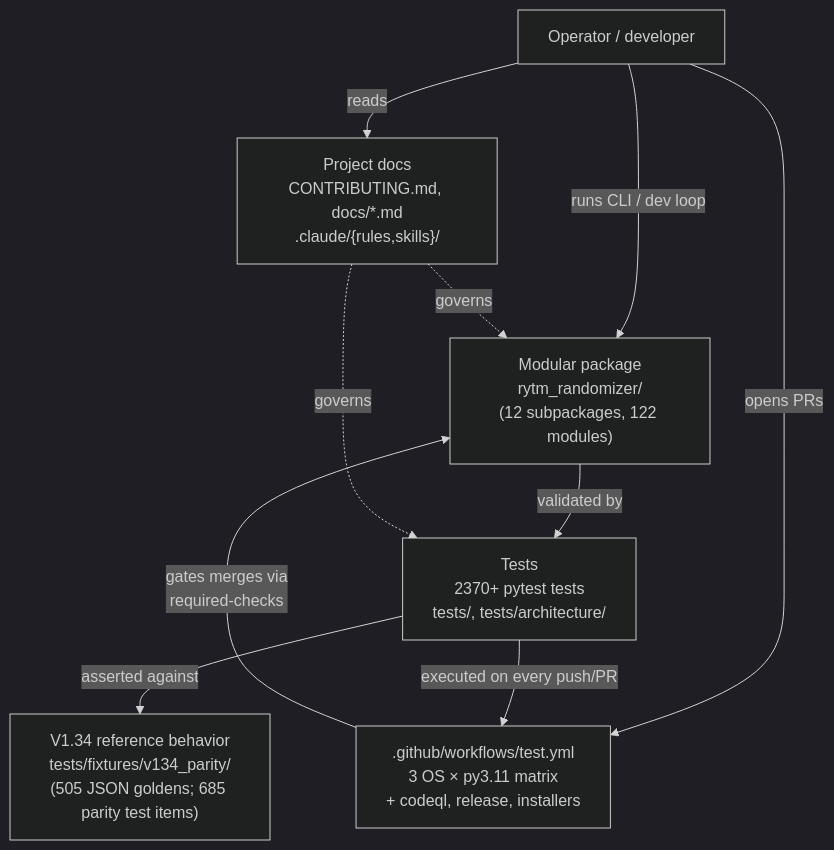
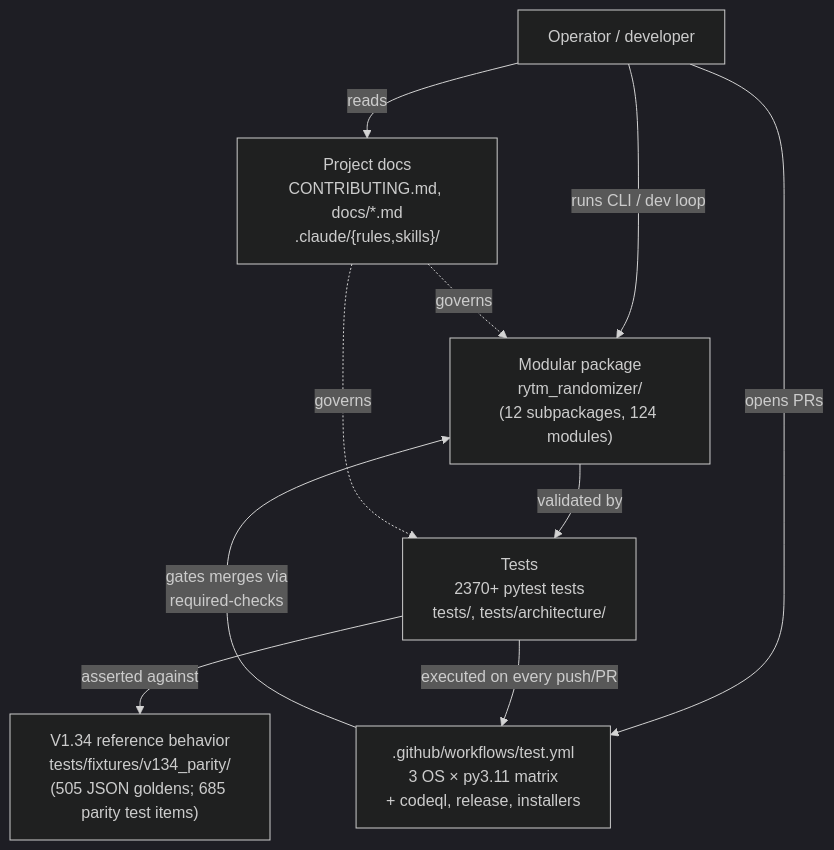
Before and after one commit to buzzijose-hub/RytmRandomizer: the first of 26 diagrams in docs/ARCHITECTURE_DIAGRAMS.md, drawn with Mermaid (dark theme). The commit also changed other lines of this file and 13 other files, not shown here.

````diff
--- a/docs/ARCHITECTURE_DIAGRAMS.md
+++ b/docs/ARCHITECTURE_DIAGRAMS.md
@@ -47,22 +47,22 @@
 ```mermaid
 flowchart TB
     User["Operator / developer"]
     V134["V1.34 reference behavior<br/>tests/fixtures/v134_parity/<br/>(505 JSON goldens; 685 parity test items)"]
-    Package["Modular package<br/>rytm_randomizer/<br/>(12 subpackages, 122 modules)"]
+    Package["Modular package<br/>rytm_randomizer/<br/>(12 subpackages, 124 modules)"]
     Tests["Tests<br/>2370+ pytest tests<br/>tests/, tests/architecture/"]
     CI[".github/workflows/test.yml<br/>3 OS × py3.11 matrix<br/>+ codeql, release, installers"]
     Docs["Project docs<br/>CONTRIBUTING.md, docs/*.md<br/>.claude/{rules,skills}/"]
 
     User -->|"runs CLI / dev loop"| Package
     User -->|"opens PRs"| CI
     User -->|"reads"| Docs
 
     Package -->|"validated by"| Tests
     Tests -->|"asserted against"| V134
     Tests -->|"executed on every push/PR"| CI
 
     CI -->|"gates merges via<br/>required-checks"| Package
 
     Docs -.->|"governs"| Package
     Docs -.->|"governs"| Tests
 ```
````
